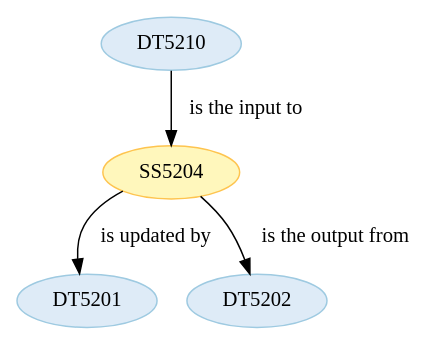
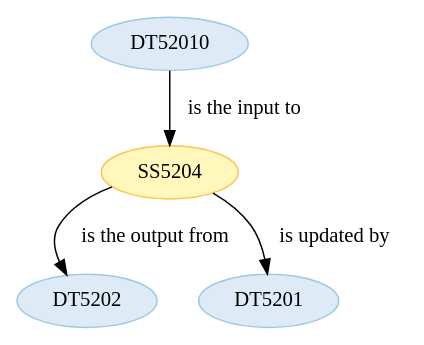
Before and after one commit to Marco-Salvi/cwl-test: the diagram in wf5201/ST520104.dot, drawn with Graphviz. The commit also changed 28 other files, not shown here.

```diff
--- a/wf5201/ST520104.dot
+++ b/wf5201/ST520104.dot
@@ -1,18 +1,18 @@
 strict digraph {
 
+
+	"DT5202" [ color="2", colorscheme="blues3", fillcolor="1", style="filled",  weight=0 ];
 
 	"SS5204" [ color="2", colorscheme="ylorbr3", fillcolor="1", style="filled",  weight=0 ];
 
 	"SS5204" -> "DT5201" [ label="is updated by", labeltooltip="DT5201 - is updated by - SS5204",  weight=0 ];
 
 	"SS5204" -> "DT5202" [ label="is the output from", labeltooltip="DT5202 - is the output from - SS5204",  weight=0 ];
 
 	"DT5201" [ color="2", colorscheme="blues3", fillcolor="1", style="filled",  weight=0 ];
 
-	"DT5202" [ color="2", colorscheme="blues3", fillcolor="1", style="filled",  weight=0 ];
+	"DT52010" [ color="2", colorscheme="blues3", fillcolor="1", style="filled",  weight=0 ];
 
-	"DT5210" [ color="2", colorscheme="blues3", fillcolor="1", style="filled",  weight=0 ];
-
-	"DT5210" -> "SS5204" [ label="is the input to", labeltooltip="DT5210 - is the input to - SS5204",  weight=0 ];
+	"DT52010" -> "SS5204" [ label="is the input to", labeltooltip="DT52010 - is the input to - SS5204",  weight=0 ];
 
 }
```
